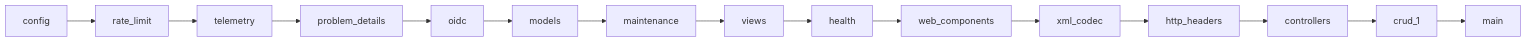
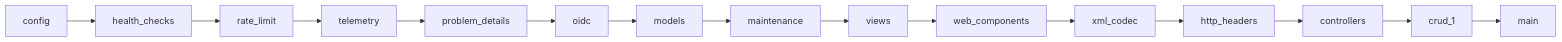
The first of 2 diagrams in src/app/README.md (craftainer/template-fastapi), drawn with Mermaid before and after one commit. The commit also changed other lines of this file and 26 other files, not shown here.

````diff
--- a/src/app/README.md
+++ b/src/app/README.md
@@ -91,7 +111,7 @@
 ```mermaid
 graph LR
-    config --> rate_limit --> telemetry --> problem_details --> oidc
-    oidc --> models --> maintenance --> views --> health --> web_components
-    web_components --> xml_codec --> http_headers --> controllers
-    controllers --> crud_1 --> main
+    config --> health_checks --> rate_limit --> telemetry
+    telemetry --> problem_details --> oidc --> models --> maintenance
+    maintenance --> views --> web_components --> xml_codec
+    xml_codec --> http_headers --> controllers --> crud_1 --> main
 ```
````
